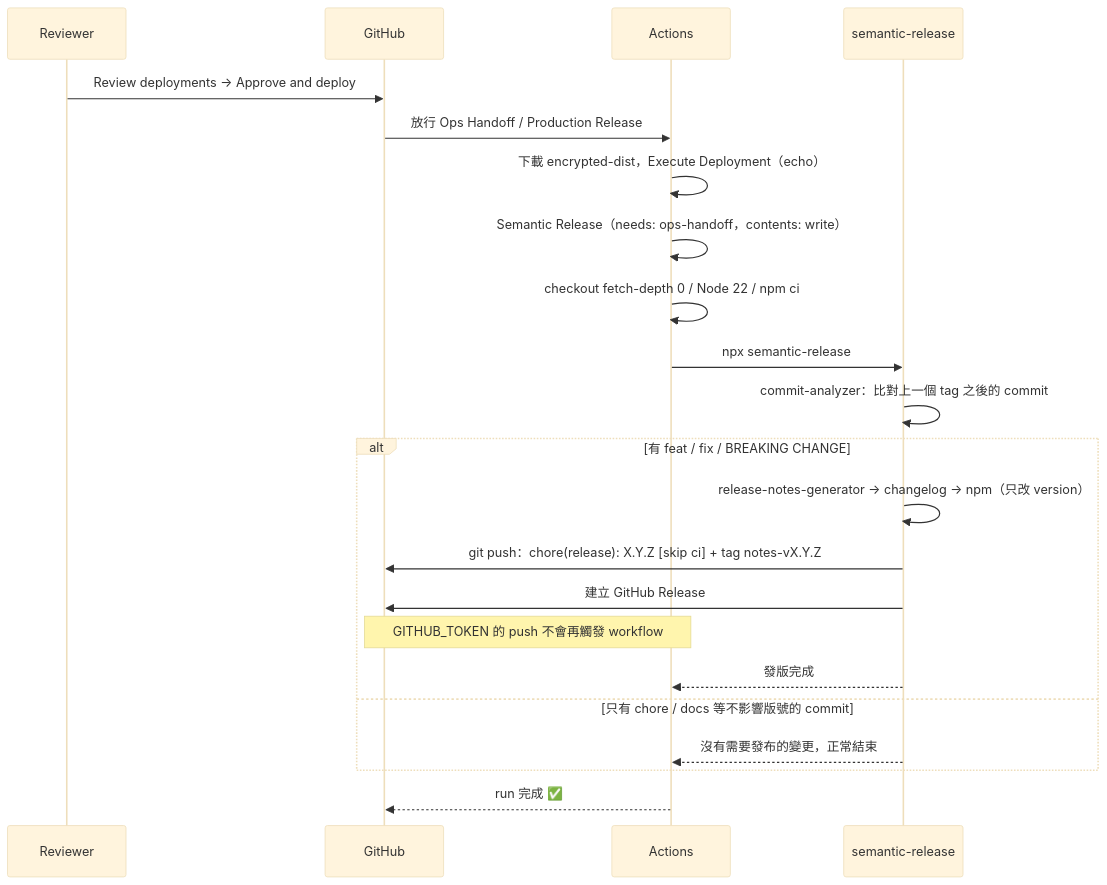
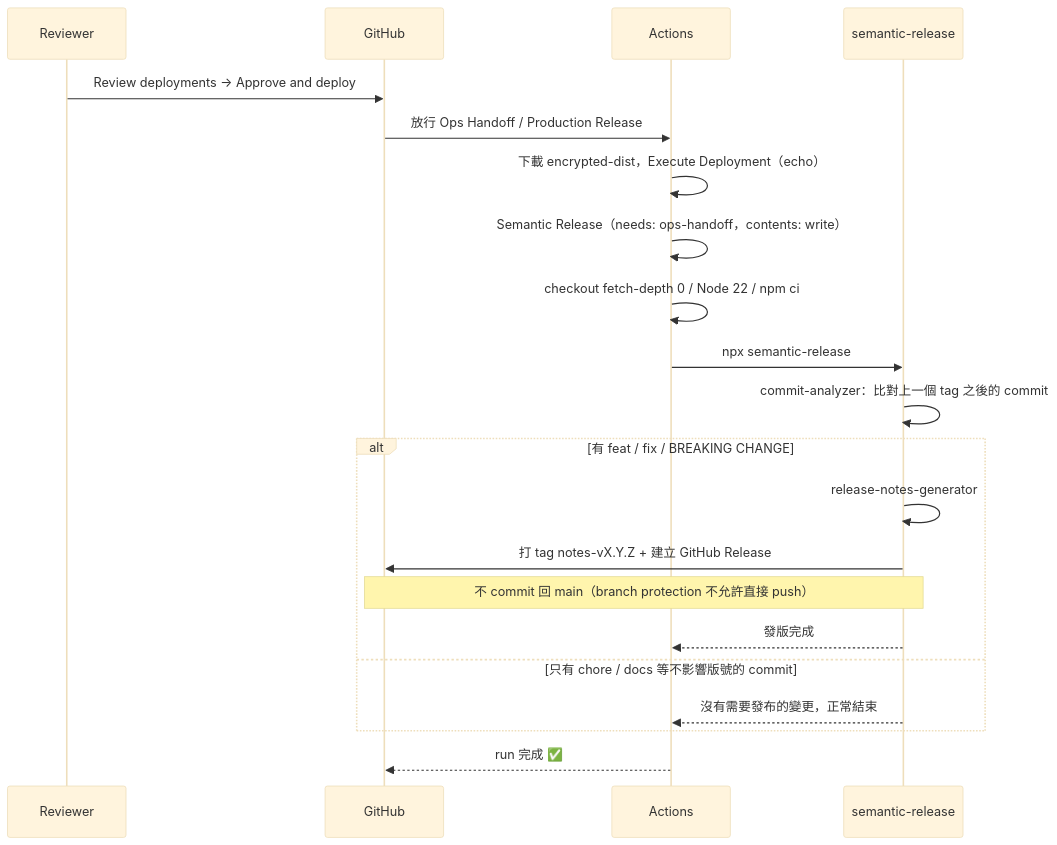
The tenth of 14 diagrams in docs/use-cases.md (liaooliver/notes), drawn with Mermaid (base theme) before and after one commit. The commit also changed other lines of this file and 3 other files, not shown here.

Commit message:
docs: record run #32 GH006 failure and tag-only release

````diff
--- a/docs/use-cases.md
+++ b/docs/use-cases.md
@@ -440,24 +450,23 @@
 ```mermaid
 sequenceDiagram
     participant R as Reviewer
     participant G as GitHub
     participant A as Actions
     participant S as semantic-release
     R->>G: Review deployments → Approve and deploy
     G->>A: 放行 Ops Handoff / Production Release
     A->>A: 下載 encrypted-dist，Execute Deployment（echo）
     A->>A: Semantic Release（needs: ops-handoff，contents: write）
     A->>A: checkout fetch-depth 0 / Node 22 / npm ci
     A->>S: npx semantic-release
     S->>S: commit-analyzer：比對上一個 tag 之後的 commit
     alt 有 feat / fix / BREAKING CHANGE
-        S->>S: release-notes-generator → changelog → npm（只改 version）
-        S->>G: git push：chore(release): X.Y.Z [skip ci] + tag notes-vX.Y.Z
-        S->>G: 建立 GitHub Release
-        Note over G,A: GITHUB_TOKEN 的 push 不會再觸發 workflow
+        S->>S: release-notes-generator
+        S->>G: 打 tag notes-vX.Y.Z + 建立 GitHub Release
+        Note over G,S: 不 commit 回 main（branch protection 不允許直接 push）
         S-->>A: 發版完成
     else 只有 chore / docs 等不影響版號的 commit
         S-->>A: 沒有需要發布的變更，正常結束
     end
     A-->>G: run 完成 ✅
 ```
````
